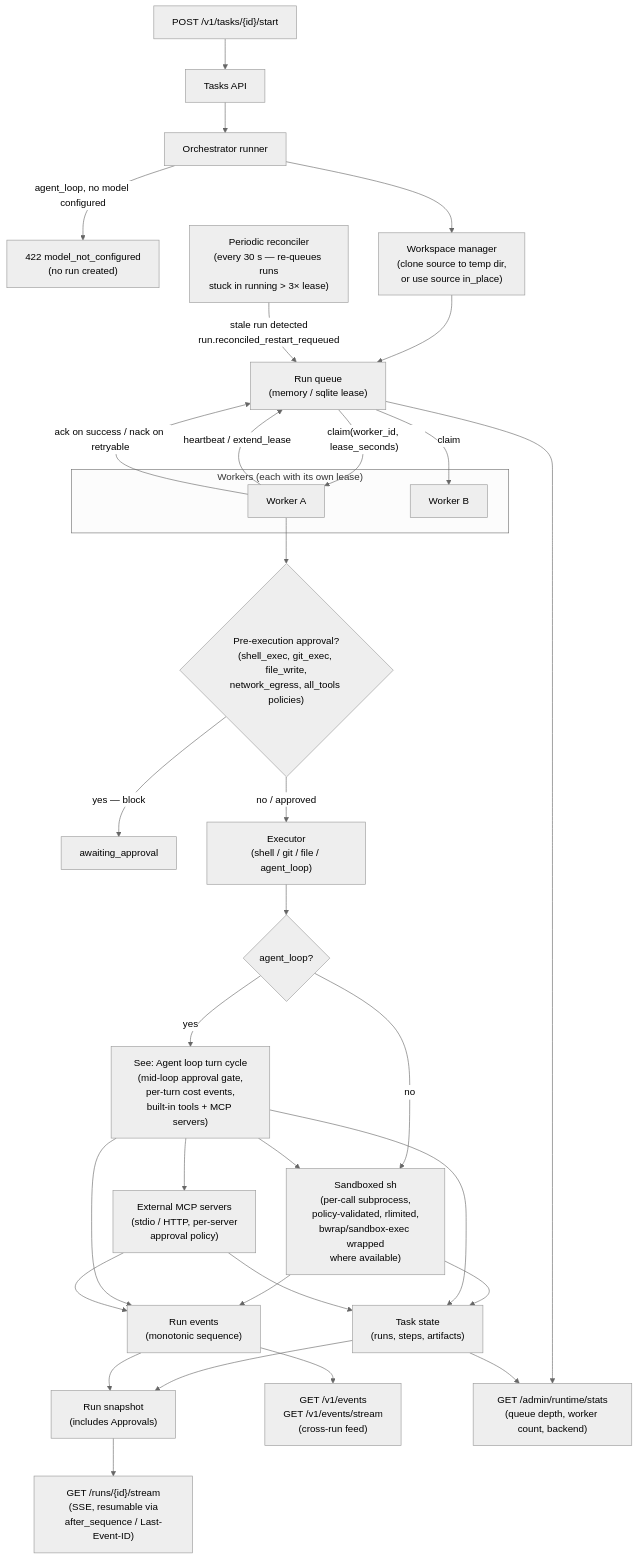
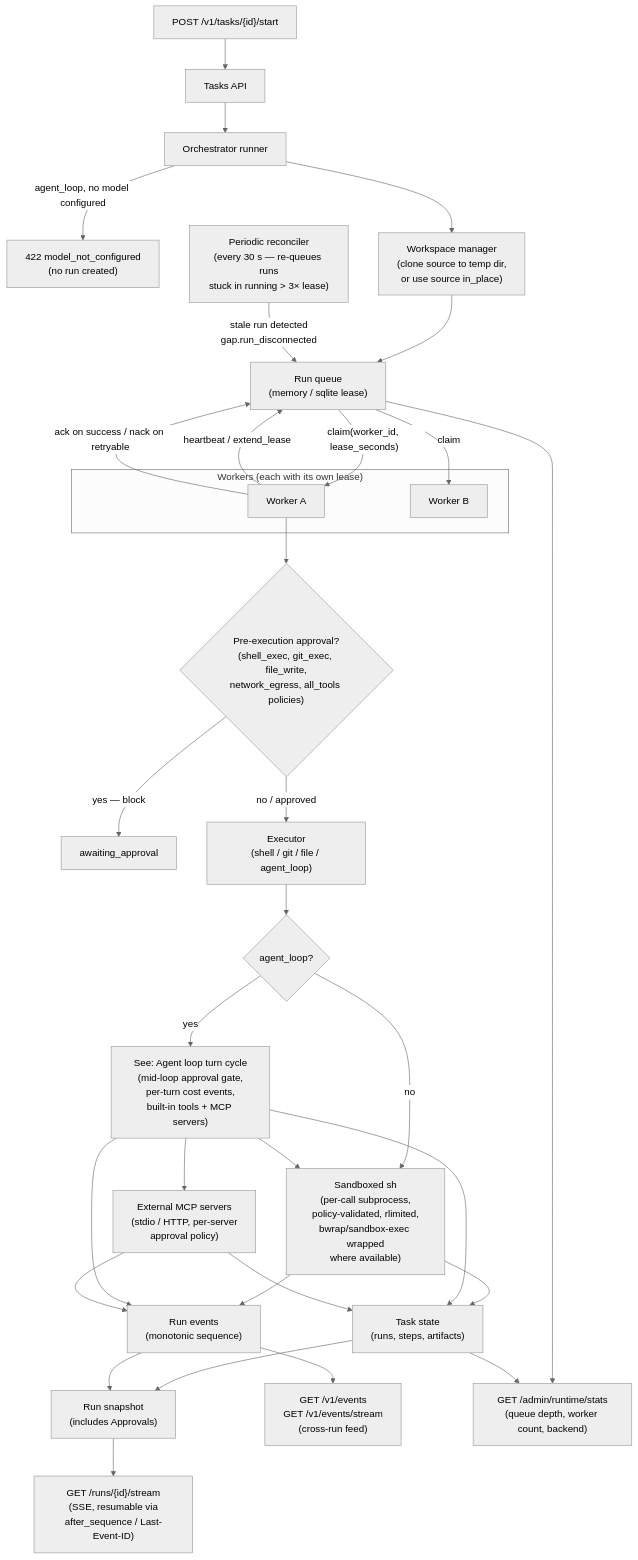
One commit to hecatehq/hecate changed the second of 3 diagrams in docs/architecture.md. Above: the diagram before and after it, drawn with Mermaid (neutral theme). The commit also changed 8 other files, not shown here.

````diff
--- a/docs/architecture.md
+++ b/docs/architecture.md
@@ -53,47 +53,47 @@
 ```mermaid
 flowchart TD
     Caller["POST /v1/tasks/{id}/start"] --> TasksApi["Tasks API"]
     TasksApi --> Runner["Orchestrator runner"]
     Runner -->|"agent_loop, no model configured"| ErrModel["422 model_not_configured<br/>(no run created)"]
     Runner --> Workspace["Workspace manager<br/>(clone source to temp dir,<br/>or use source in_place)"]
     Workspace --> Queue["Run queue<br/>(memory / sqlite lease)"]
 
     Reconciler["Periodic reconciler<br/>(every 30 s — re-queues runs<br/>stuck in running > 3× lease)"]
-    Reconciler -->|"stale run detected<br/>run.reconciled_restart_requeued"| Queue
+    Reconciler -->|"stale run detected<br/>gap.run_disconnected"| Queue
 
     subgraph Workers["Workers (each with its own lease)"]
         WorkerA["Worker A"]
         WorkerB["Worker B"]
     end
 
     Queue -->|"claim(worker_id, lease_seconds)"| WorkerA
     Queue -->|"claim"| WorkerB
     WorkerA -->|"heartbeat / extend_lease"| Queue
     WorkerA -->|"ack on success / nack on retryable"| Queue
 
     WorkerA --> PreApproval{"Pre-execution approval?<br/>(shell_exec, git_exec, file_write,<br/>network_egress, all_tools policies)"}
     PreApproval -->|"yes — block"| Pending["awaiting_approval"]
     PreApproval -->|"no / approved"| Executor
 
     Executor["Executor<br/>(shell / git / file / agent_loop)"]
     Executor --> AgentLoop{"agent_loop?"}
     AgentLoop -->|"yes"| LoopRef["See: Agent loop turn cycle<br/>(mid-loop approval gate,<br/>per-turn cost events,<br/>built-in tools + MCP servers)"]
     AgentLoop -->|"no"| Sandbox["Sandboxed sh<br/>(per-call subprocess,<br/>policy-validated, rlimited,<br/>bwrap/sandbox-exec wrapped<br/>where available)"]
     LoopRef --> Sandbox
     LoopRef --> McpServers["External MCP servers<br/>(stdio / HTTP, per-server<br/>approval policy)"]
 
     Sandbox --> State["Task state<br/>(runs, steps, artifacts)"]
     LoopRef --> State
     McpServers --> State
     Sandbox --> RunEvents["Run events<br/>(monotonic sequence)"]
     LoopRef --> RunEvents
     McpServers --> RunEvents
 
     State --> Snapshot["Run snapshot<br/>(includes Approvals)"]
     RunEvents --> Snapshot
     Snapshot --> Stream["GET /runs/{id}/stream<br/>(SSE, resumable via<br/>after_sequence / Last-Event-ID)"]
     RunEvents --> PublicEvents["GET /v1/events<br/>GET /v1/events/stream<br/>(cross-run feed)"]
 
     Queue --> Stats["GET /admin/runtime/stats<br/>(queue depth, worker count, backend)"]
     State --> Stats
 ```
````
